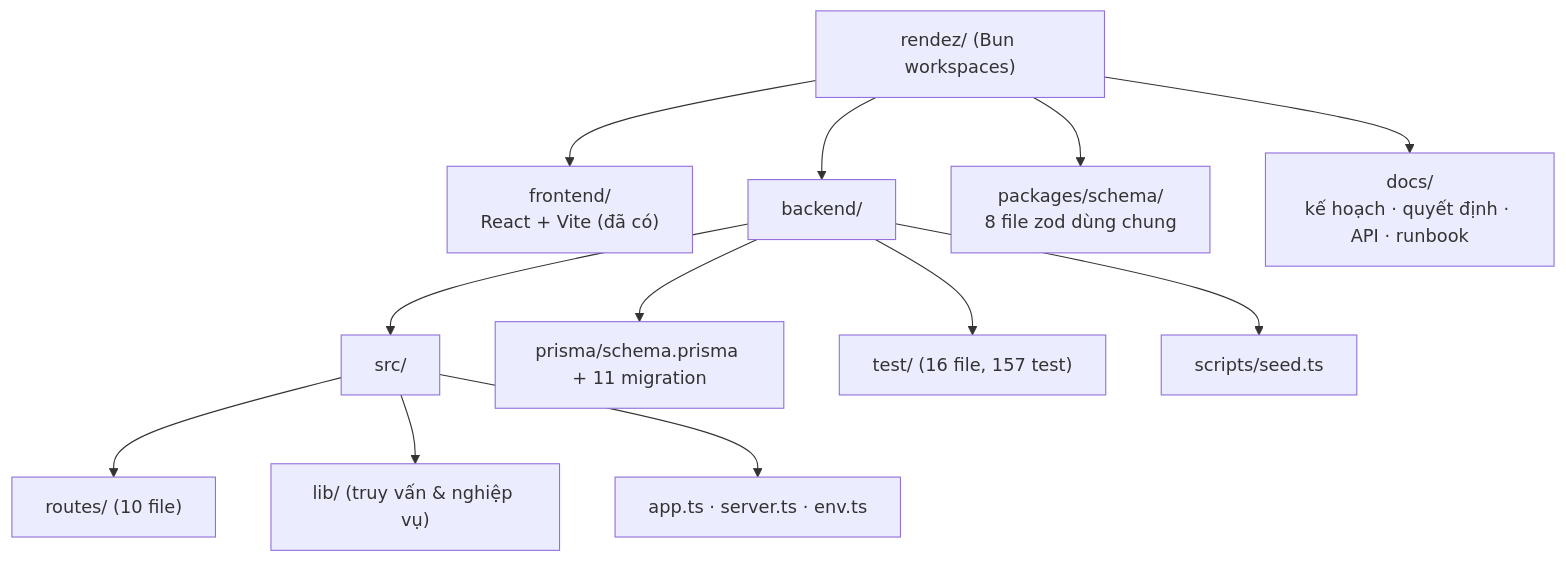
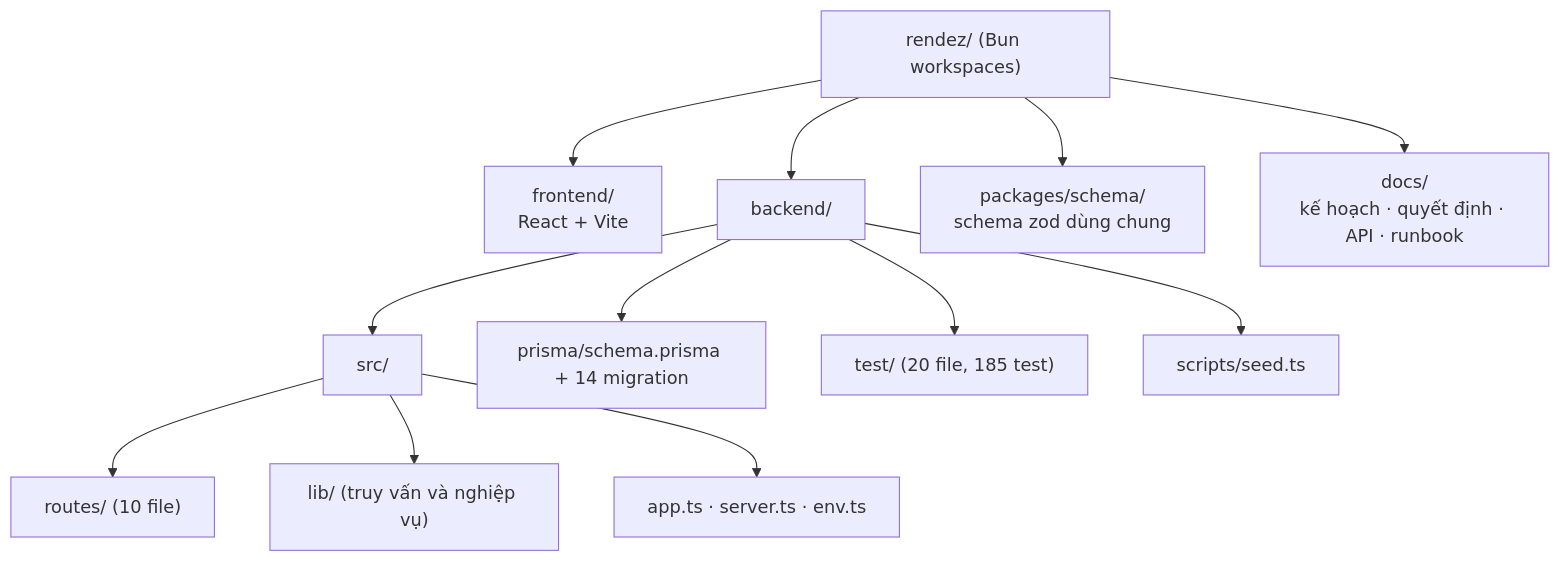
One commit to longqt321/Rendez-PBL6 changed the sixth of 14 diagrams in docs/bao-cao/BAO-CAO-DO-AN.md. Above: the diagram before and after it, drawn with Mermaid. The commit also changed other lines of this file, not shown here.

````diff
--- a/docs/bao-cao/BAO-CAO-DO-AN.md
+++ b/docs/bao-cao/BAO-CAO-DO-AN.md
@@ -445,15 +495,15 @@
 ```mermaid
 flowchart TB
   Root["rendez/ (Bun workspaces)"]
-  Root --> FE["frontend/<br/>React + Vite (đã có)"]
+  Root --> FE["frontend/<br/>React + Vite"]
   Root --> BE["backend/"]
-  Root --> PKG["packages/schema/<br/>8 file zod dùng chung"]
+  Root --> PKG["packages/schema/<br/>schema zod dùng chung"]
   Root --> DOC["docs/<br/>kế hoạch · quyết định · API · runbook"]
   BE --> SRC["src/"]
   SRC --> R["routes/ (10 file)"]
-  SRC --> L["lib/ (truy vấn & nghiệp vụ)"]
+  SRC --> L["lib/ (truy vấn và nghiệp vụ)"]
   SRC --> I["app.ts · server.ts · env.ts"]
-  BE --> PR["prisma/schema.prisma + 11 migration"]
-  BE --> T["test/ (16 file, 157 test)"]
+  BE --> PR["prisma/schema.prisma + 14 migration"]
+  BE --> T["test/ (20 file, 185 test)"]
   BE --> SC["scripts/seed.ts"]
 ```
````
